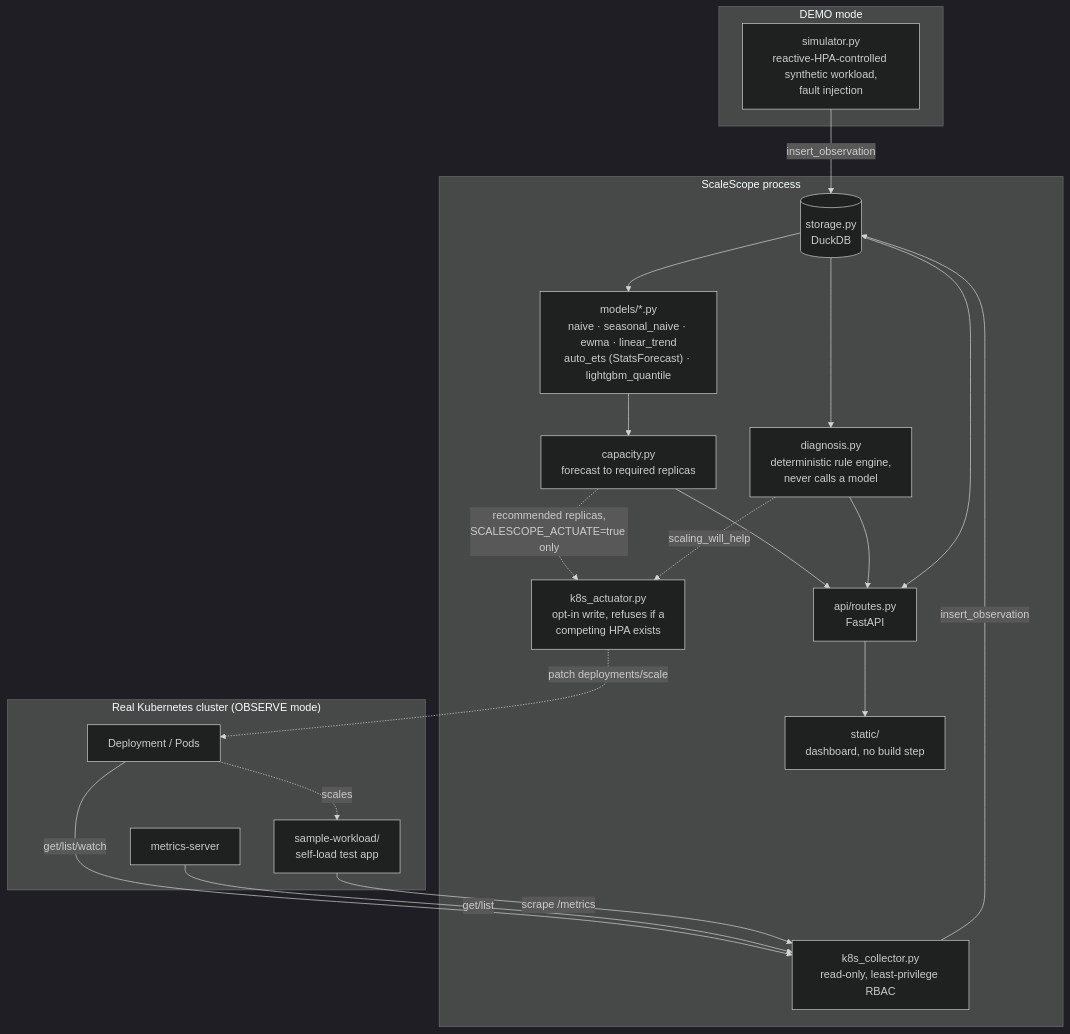
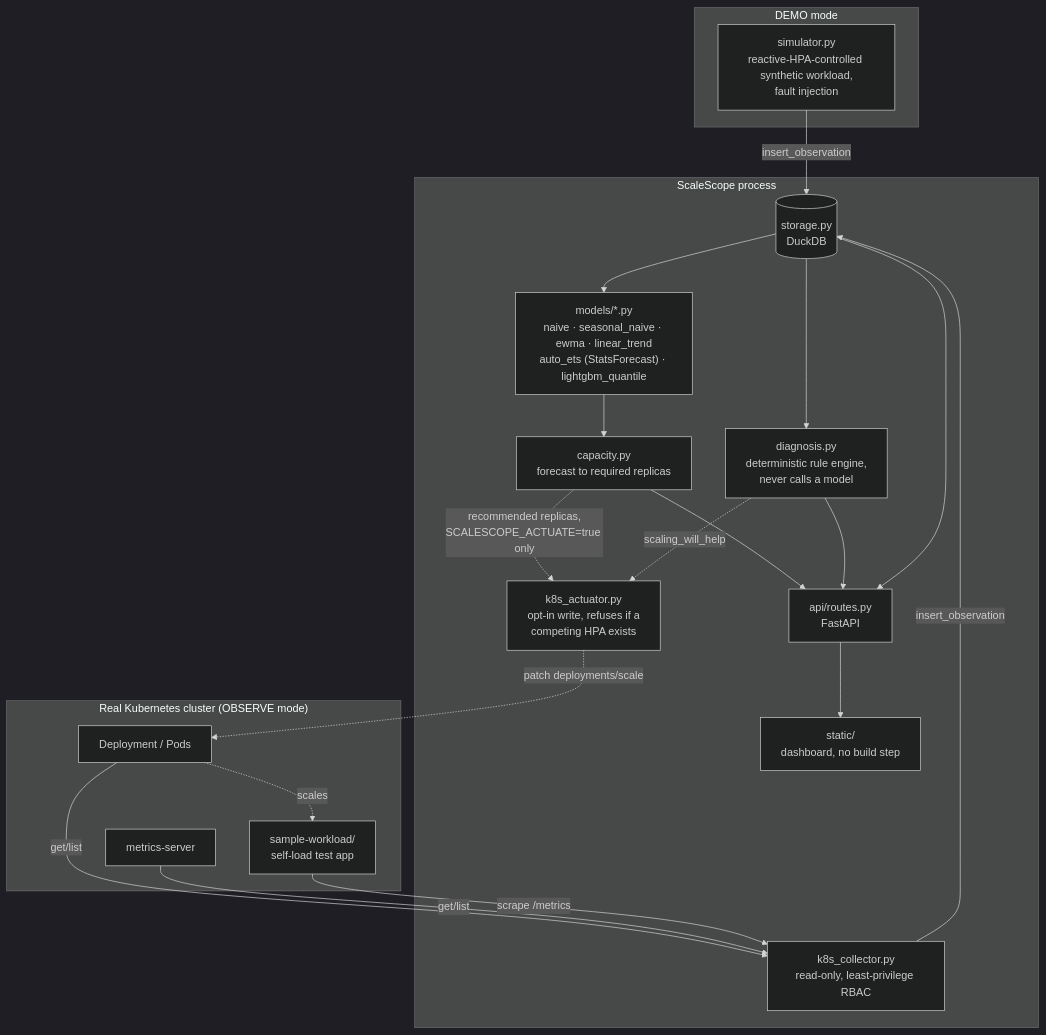
One commit to jsawyerdev/scalescope changed the first of 6 diagrams in README.md. Above: the diagram before and after it, drawn with Mermaid (dark theme). The commit also changed other lines of this file and 56 other files, not shown here.

````diff
--- a/README.md
+++ b/README.md
@@ -31,42 +53,42 @@
 ```mermaid
 flowchart TB
     subgraph DEMO["DEMO mode"]
         SIM["simulator.py<br/>reactive-HPA-controlled synthetic workload,<br/>fault injection"]
     end
 
     subgraph CLUSTER["Real Kubernetes cluster (OBSERVE mode)"]
         DEPLOY["Deployment / Pods"]
         METRICSRV["metrics-server"]
         WORKLOAD["sample-workload/<br/>self-load test app"]
         DEPLOY -.->|scales| WORKLOAD
     end
 
     subgraph SCALESCOPE["ScaleScope process"]
         COLLECTOR["k8s_collector.py<br/>read-only, least-privilege RBAC"]
         ACTUATOR["k8s_actuator.py<br/>opt-in write, refuses if a<br/>competing HPA exists"]
         STORE[("storage.py<br/>DuckDB")]
         MODELS["models/*.py<br/>naive · seasonal_naive · ewma · linear_trend<br/>auto_ets (StatsForecast) · lightgbm_quantile"]
         CAPACITY["capacity.py<br/>forecast to required replicas"]
         DIAGNOSIS["diagnosis.py<br/>deterministic rule engine,<br/>never calls a model"]
         API["api/routes.py<br/>FastAPI"]
         UI["static/<br/>dashboard, no build step"]
     end
 
     SIM -->|insert_observation| STORE
-    DEPLOY -->|get/list/watch| COLLECTOR
+    DEPLOY -->|get/list| COLLECTOR
     METRICSRV -->|get/list| COLLECTOR
     WORKLOAD -->|scrape /metrics| COLLECTOR
     COLLECTOR -->|insert_observation| STORE
 
     STORE --> MODELS
     STORE --> DIAGNOSIS
     MODELS --> CAPACITY
     CAPACITY --> API
     DIAGNOSIS --> API
     STORE --> API
     API --> UI
 
     CAPACITY -.->|recommended replicas,<br/>SCALESCOPE_ACTUATE=true only| ACTUATOR
     DIAGNOSIS -.->|scaling_will_help| ACTUATOR
     ACTUATOR -.->|patch deployments/scale| DEPLOY
 ```
````
